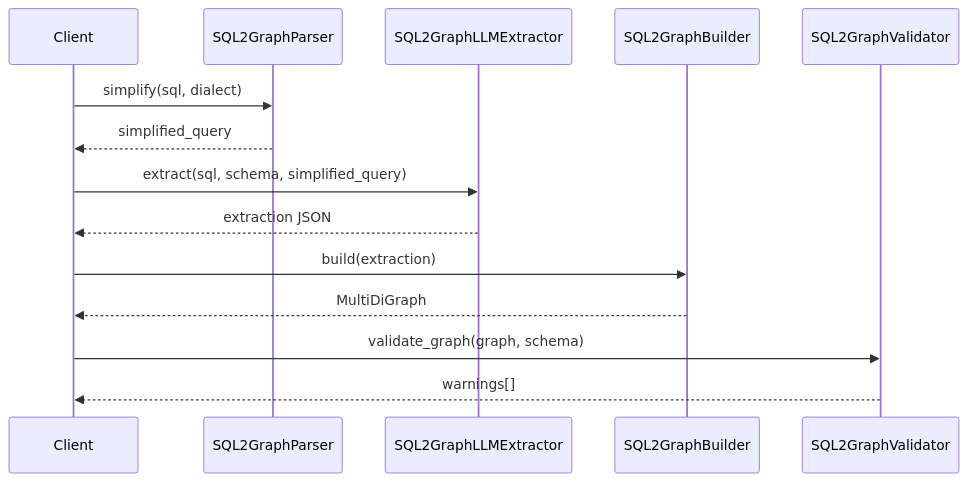
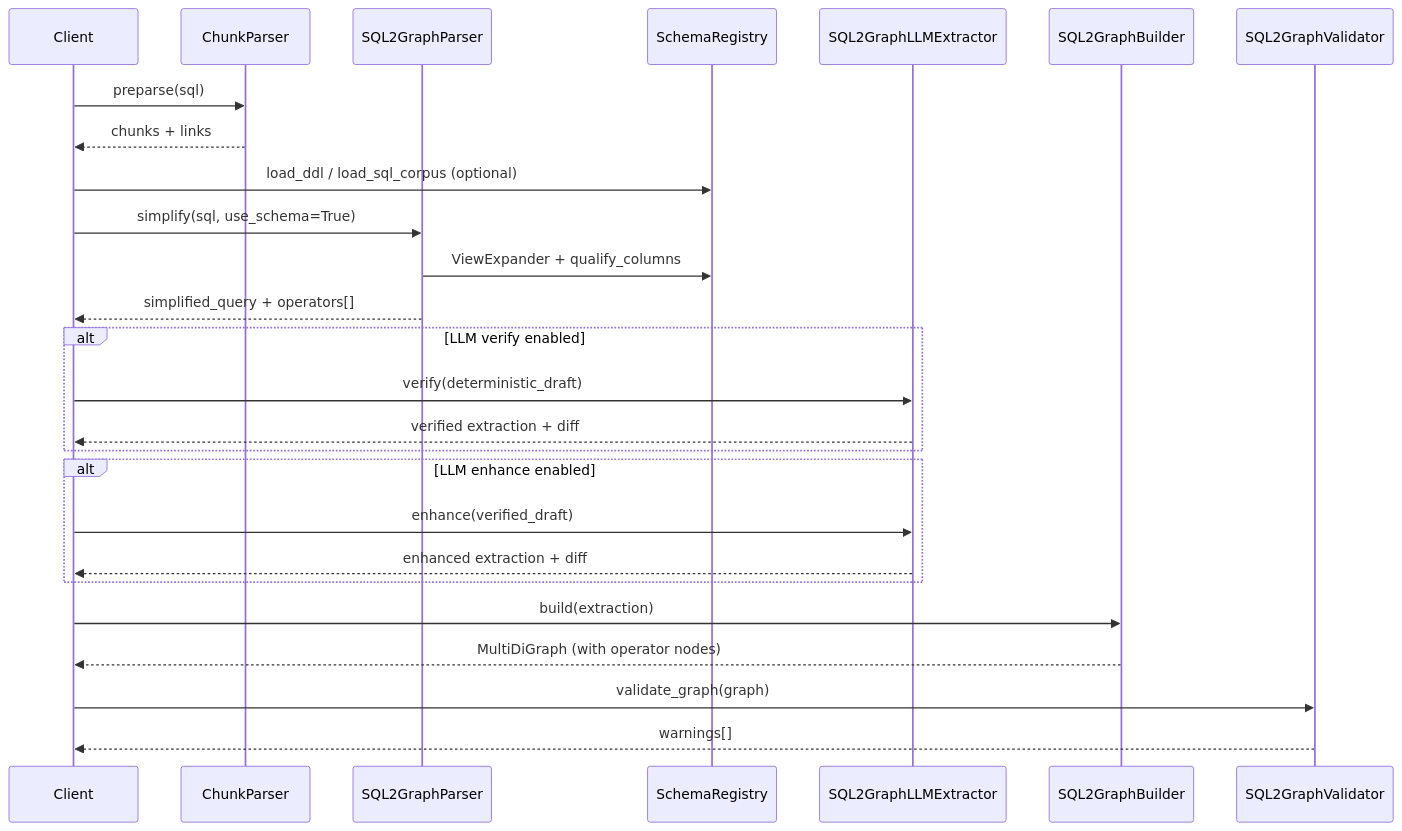
Before and after one commit to Xpehutta/llm4lineage: the second of 2 diagrams in README.md, drawn with Mermaid. The commit also changed other lines of this file and 41 other files, not shown here.

First line of the commit message:
Implement spec Phases 0–6: schema registry, operators, CI, and tooling.

````diff
--- a/README.md
+++ b/README.md
@@ -267,17 +332,29 @@
 ```mermaid
 sequenceDiagram
     participant C as Client
+    participant CH as ChunkParser
     participant P as SQL2GraphParser
+    participant SR as SchemaRegistry
     participant L as SQL2GraphLLMExtractor
     participant B as SQL2GraphBuilder
     participant V as SQL2GraphValidator
 
-    C->>P: simplify(sql, dialect)
-    P-->>C: simplified_query
-    C->>L: extract(sql, schema, simplified_query)
-    L-->>C: extraction JSON
+    C->>CH: preparse(sql)
+    CH-->>C: chunks + links
+    C->>SR: load_ddl / load_sql_corpus (optional)
+    C->>P: simplify(sql, use_schema=True)
+    P->>SR: ViewExpander + qualify_columns
+    P-->>C: simplified_query + operators[]
+    alt LLM verify enabled
+        C->>L: verify(deterministic_draft)
+        L-->>C: verified extraction + diff
+    end
+    alt LLM enhance enabled
+        C->>L: enhance(verified_draft)
+        L-->>C: enhanced extraction + diff
+    end
     C->>B: build(extraction)
-    B-->>C: MultiDiGraph
-    C->>V: validate_graph(graph, schema)
+    B-->>C: MultiDiGraph (with operator nodes)
+    C->>V: validate_graph(graph)
     V-->>C: warnings[]
 ```
````
